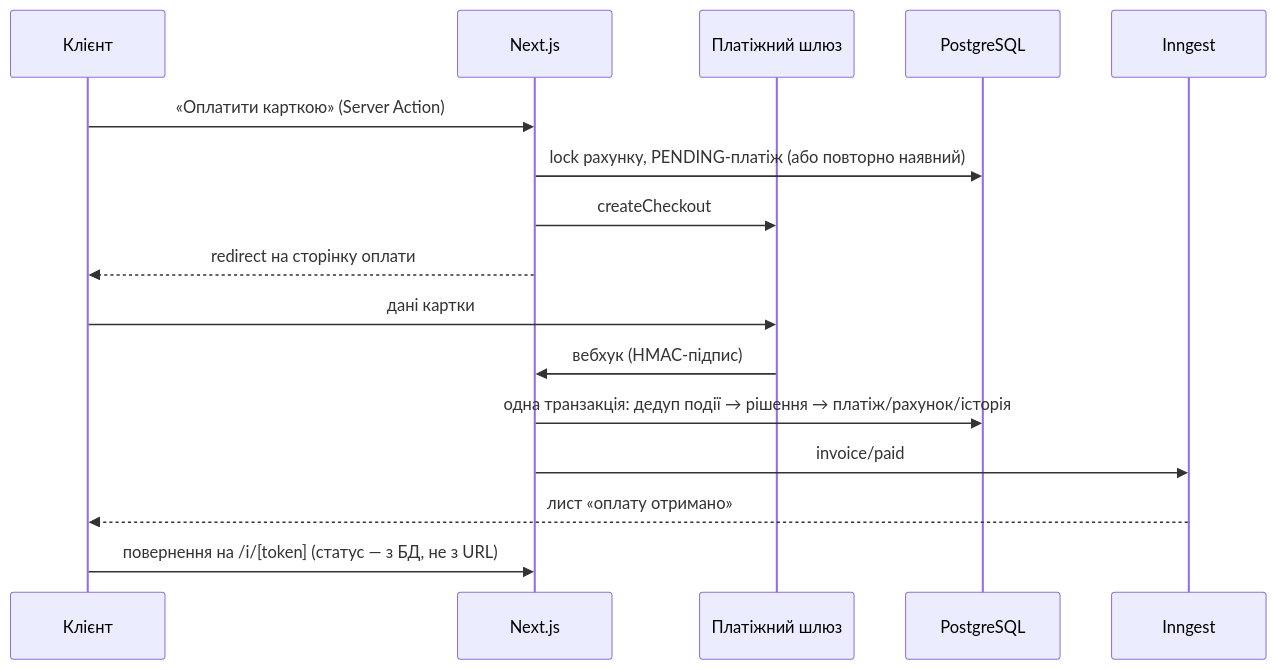
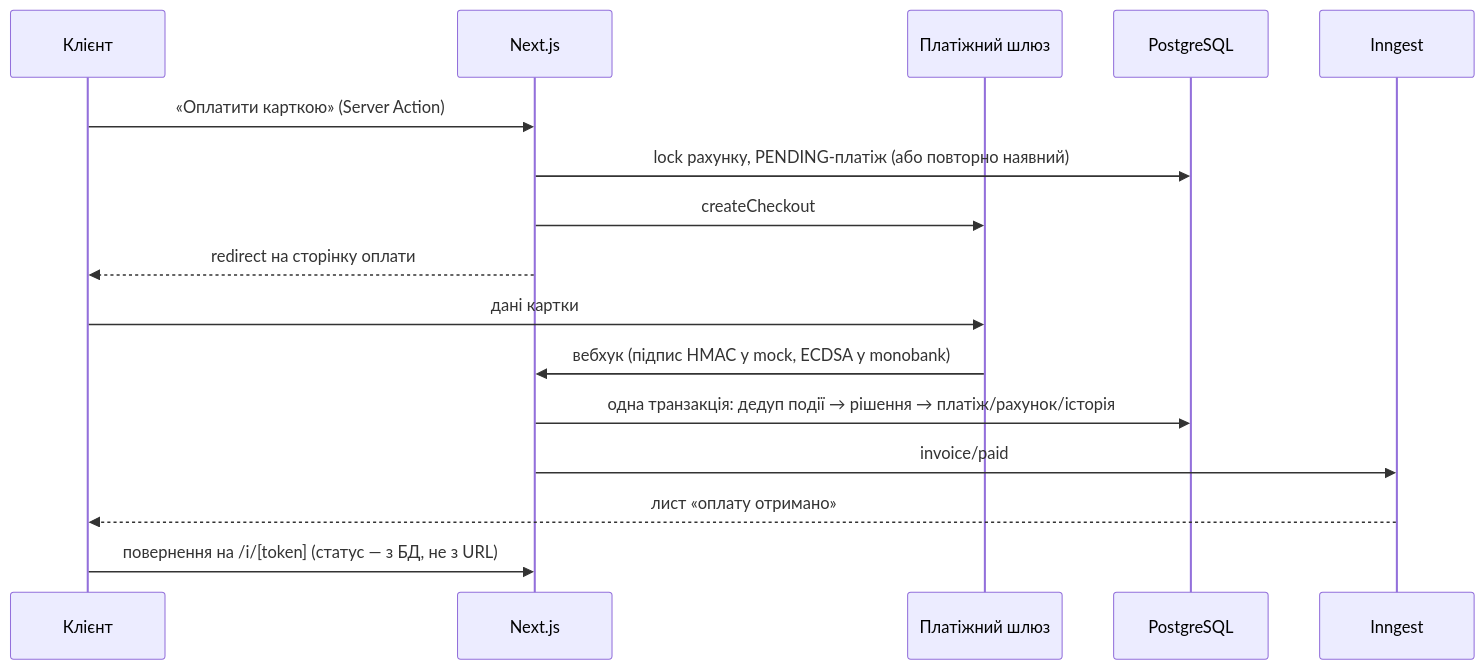
Before and after one commit to MissKamilla/freelance-invoices: the diagram in README.md, drawn with Mermaid. The commit also changed 1 other file, not shown here.

Commit message:
docs: project status in CLAUDE.md and webhook signature note in README

````diff
--- a/README.md
+++ b/README.md
@@ -109,18 +109,18 @@
 ```mermaid
 sequenceDiagram
     participant C as Клієнт
     participant App as Next.js
     participant P as Платіжний шлюз
     participant DB as PostgreSQL
     participant I as Inngest
     C->>App: «Оплатити карткою» (Server Action)
     App->>DB: lock рахунку, PENDING-платіж (або повторно наявний)
     App->>P: createCheckout
     App-->>C: redirect на сторінку оплати
     C->>P: дані картки
-    P->>App: вебхук (HMAC-підпис)
+    P->>App: вебхук (підпис HMAC у mock, ECDSA у monobank)
     App->>DB: одна транзакція: дедуп події → рішення → платіж/рахунок/історія
     App->>I: invoice/paid
     I-->>C: лист «оплату отримано»
     C->>App: повернення на /i/[token] (статус — з БД, не з URL)
 ```
````
